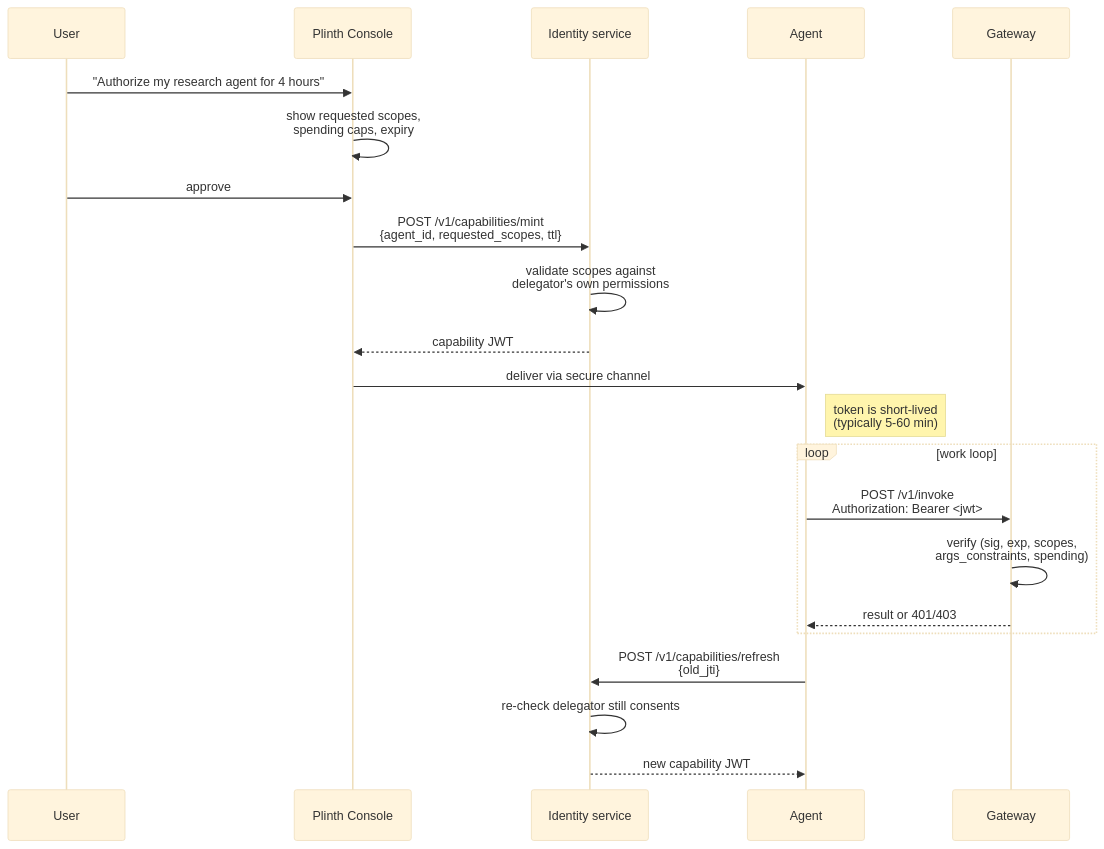
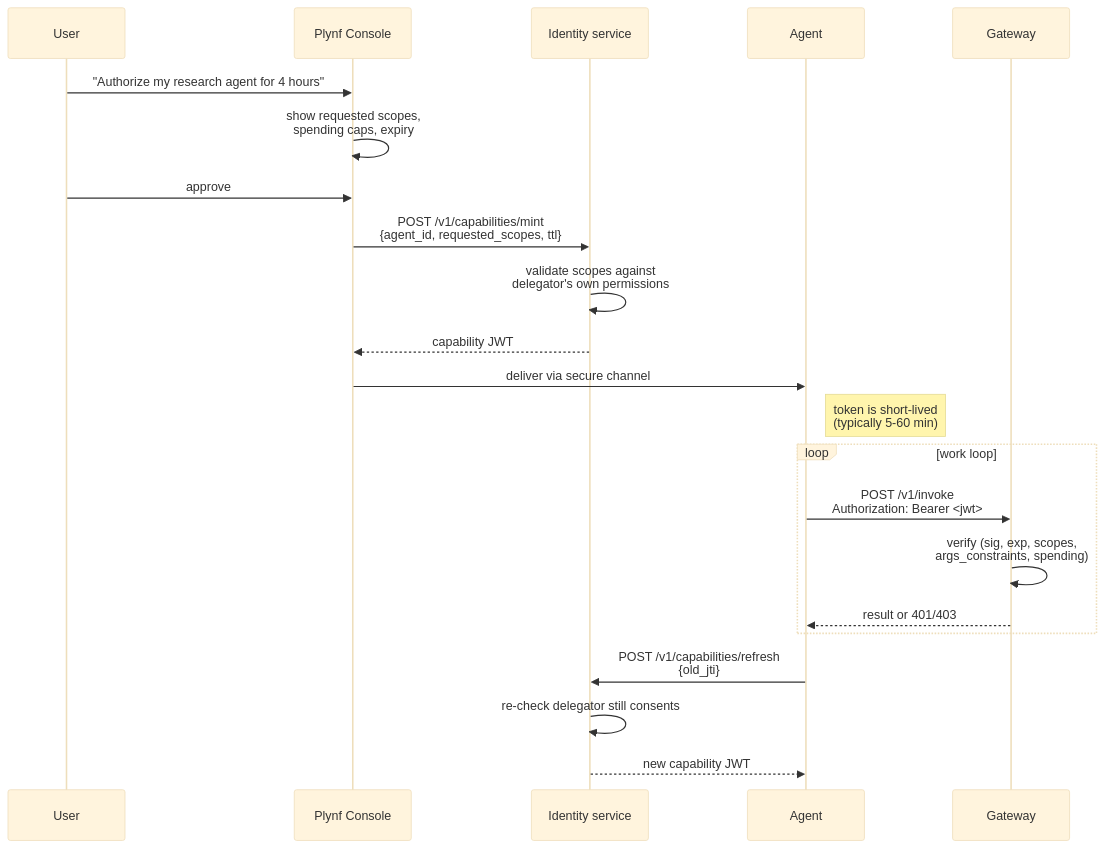
One commit to nico-schindlbeck-jpg/plynf changed the first of 2 diagrams in docs/architecture/06-identity-capabilities.md. Above: the diagram before and after it, drawn with Mermaid (base theme). The commit also changed other lines of this file and 209 other files, not shown here.

First line of the commit message:
rebrand: Plinth → Plynf (text/docs/marketing surfaces only)

````diff
--- a/docs/architecture/06-identity-capabilities.md
+++ b/docs/architecture/06-identity-capabilities.md
@@ -69,25 +69,25 @@
 ```mermaid
 sequenceDiagram
     participant Human as User
-    participant UI as Plinth Console
+    participant UI as Plynf Console
     participant ID as Identity service
     participant Agent
     participant GW as Gateway
 
     Human->>UI: "Authorize my research agent for 4 hours"
     UI->>UI: show requested scopes,<br/>spending caps, expiry
     Human->>UI: approve
     UI->>ID: POST /v1/capabilities/mint<br/>{agent_id, requested_scopes, ttl}
     ID->>ID: validate scopes against<br/>delegator's own permissions
     ID-->>UI: capability JWT
     UI->>Agent: deliver via secure channel
     Note right of Agent: token is short-lived<br/>(typically 5-60 min)
     loop work loop
         Agent->>GW: POST /v1/invoke<br/>Authorization: Bearer <jwt>
         GW->>GW: verify (sig, exp, scopes,<br/>args_constraints, spending)
         GW-->>Agent: result or 401/403
     end
     Agent->>ID: POST /v1/capabilities/refresh<br/>{old_jti}
     ID->>ID: re-check delegator still consents
     ID-->>Agent: new capability JWT
 ```
````
